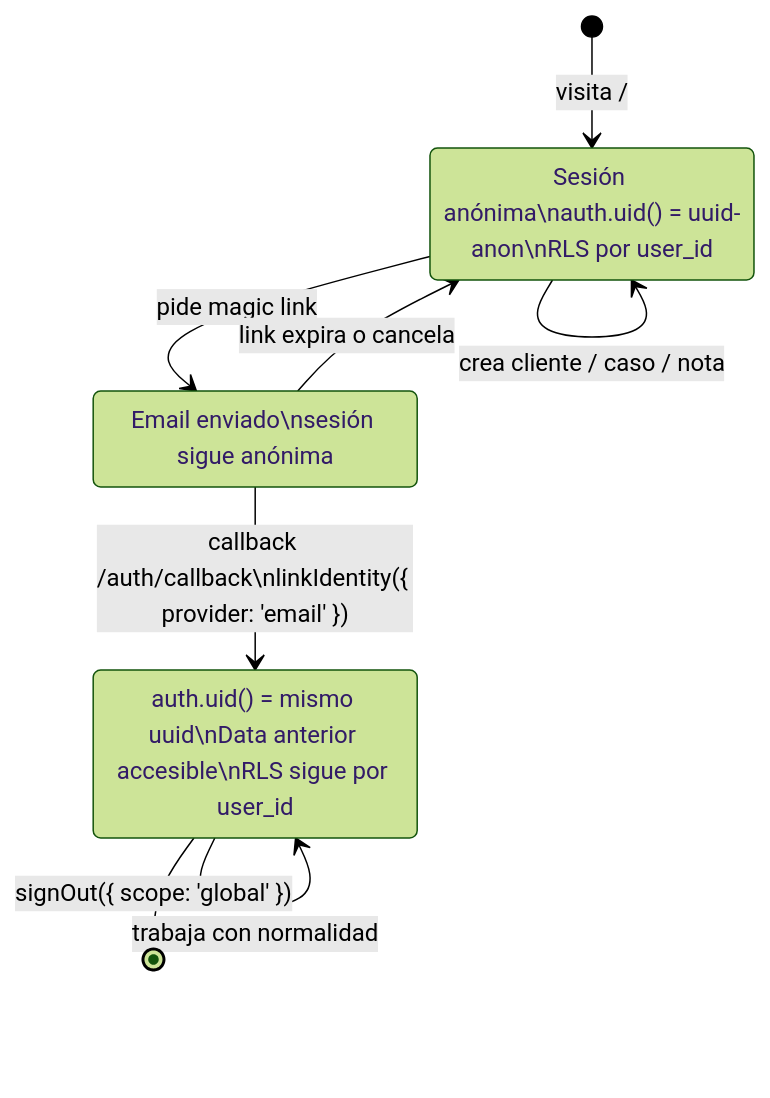
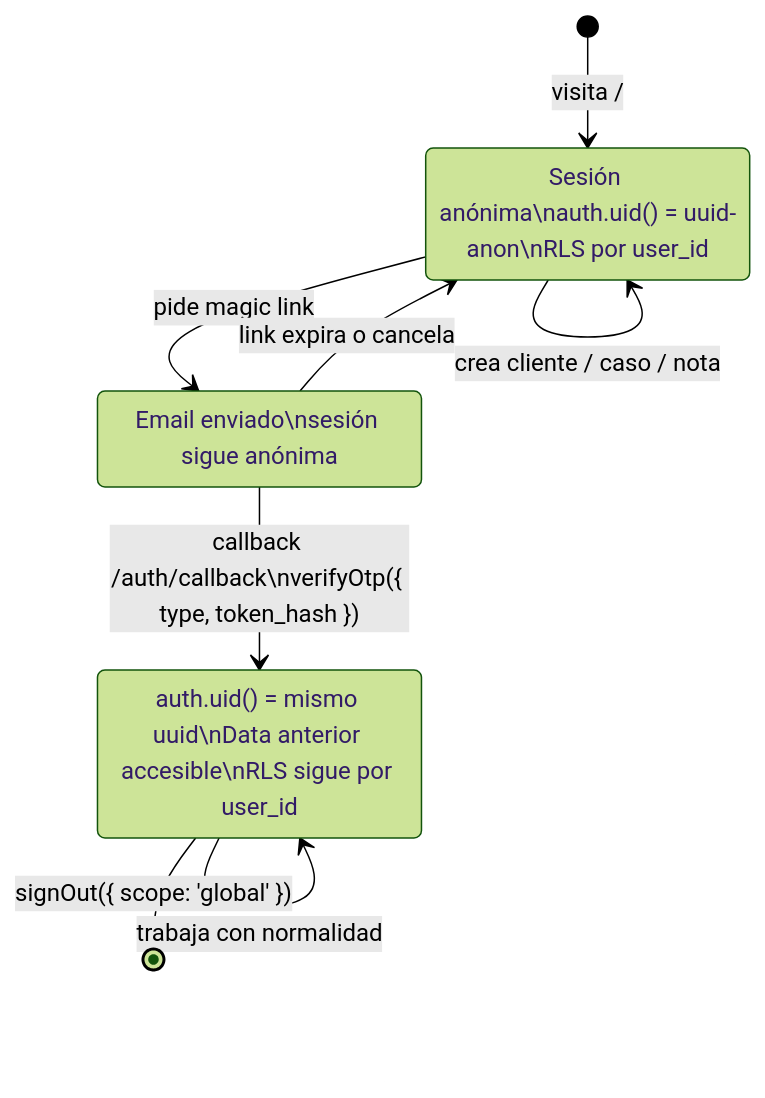
Before and after one commit to joseluisalmendral/tendr-app: the second of 8 diagrams in docs/curso/plan.md, drawn with Mermaid (forest theme). The commit also changed other lines of this file and 3 other files, not shown here.

````diff
--- a/docs/curso/plan.md
+++ b/docs/curso/plan.md
@@ -179,13 +179,13 @@
 ```mermaid
 stateDiagram-v2
     [*] --> Anonimo: visita /
     Anonimo: Sesión anónima\nauth.uid() = uuid-anon\nRLS por user_id
     Anonimo --> Anonimo: crea cliente / caso / nota
     Anonimo --> PromocionPendiente: pide magic link
     PromocionPendiente: Email enviado\nsesión sigue anónima
-    PromocionPendiente --> Autenticado: callback /auth/callback\nlinkIdentity({ provider: 'email' })
+    PromocionPendiente --> Autenticado: callback /auth/callback\nverifyOtp({ type, token_hash })
     PromocionPendiente --> Anonimo: link expira o cancela
     Autenticado: auth.uid() = mismo uuid\nData anterior accesible\nRLS sigue por user_id
     Autenticado --> Autenticado: trabaja con normalidad
     Autenticado --> [*]: signOut({ scope: 'global' })
 ```
````
